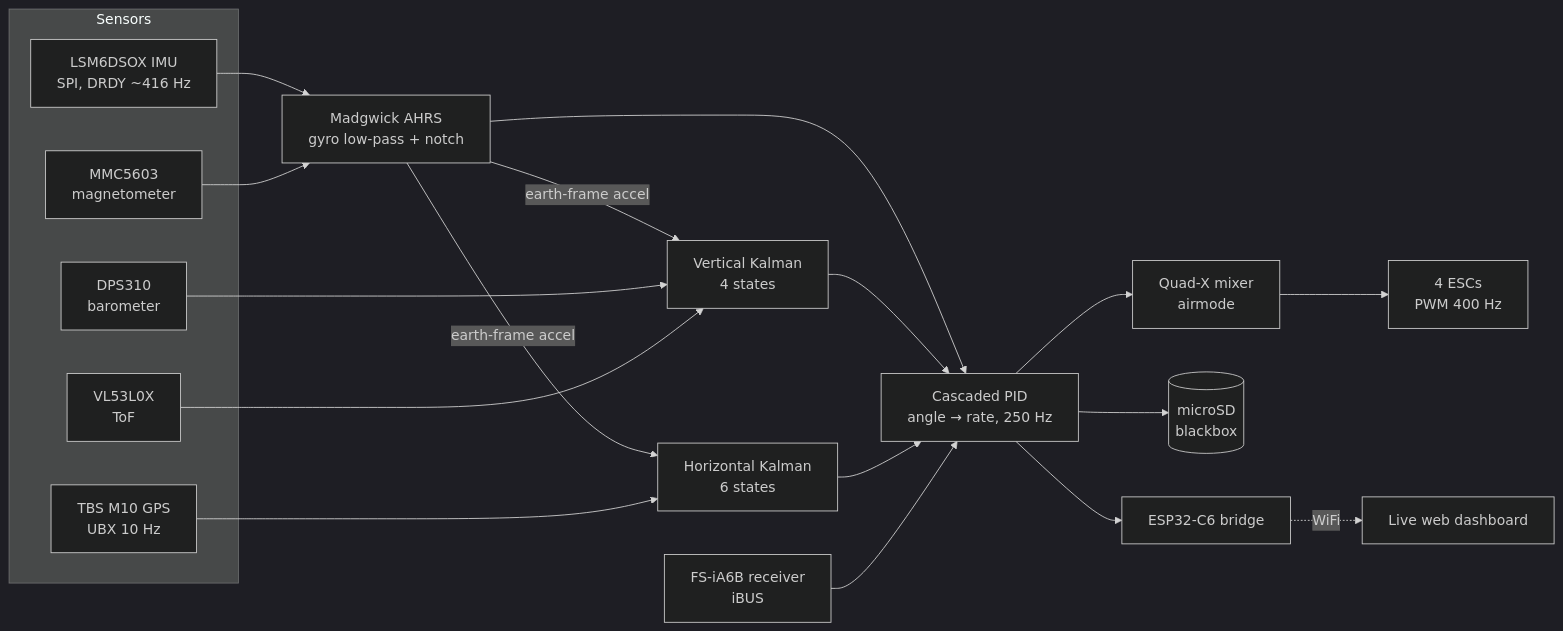
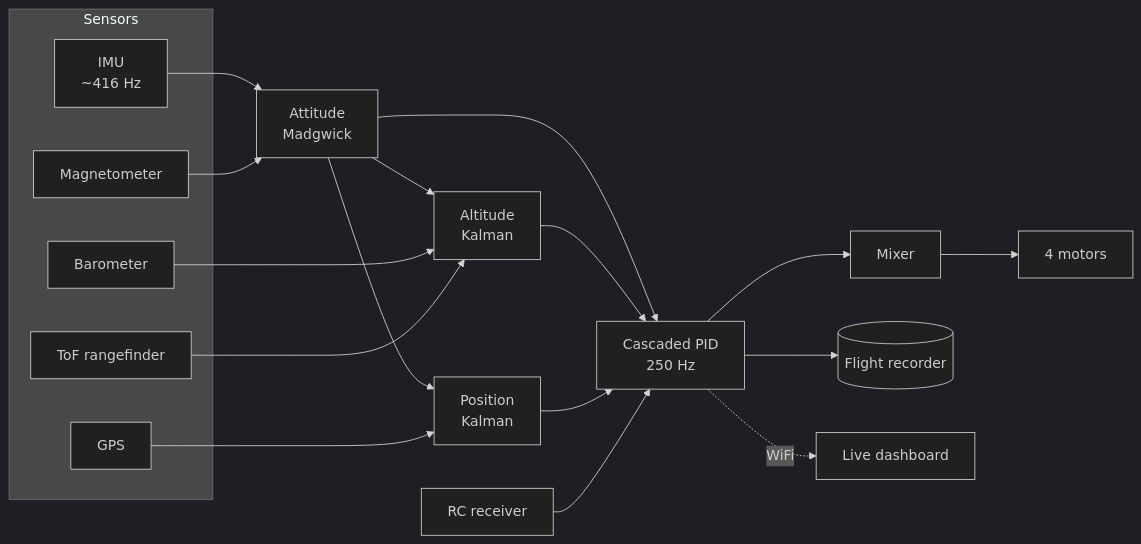
The diagram in README.md (malek23ma/Drone_FlightCont), drawn with Mermaid (dark theme) before and after one commit. The commit also changed other lines of this file and 1 other file, not shown here.

````diff
--- a/README.md
+++ b/README.md
@@ -28,28 +25,28 @@
 ```mermaid
 flowchart LR
     subgraph S[Sensors]
-        IMU[LSM6DSOX IMU<br/>SPI, DRDY ~416 Hz]
-        MAG[MMC5603<br/>magnetometer]
-        BARO[DPS310<br/>barometer]
-        TOF[VL53L0X<br/>ToF]
-        GPS[TBS M10 GPS<br/>UBX 10 Hz]
+        IMU[IMU<br/>~416 Hz]
+        MAG[Magnetometer]
+        BARO[Barometer]
+        TOF[ToF rangefinder]
+        GPS[GPS]
     end
-    RC[FS-iA6B receiver<br/>iBUS]
+    RC[RC receiver]
 
-    IMU --> AHRS[Madgwick AHRS<br/>gyro low-pass + notch]
+    IMU --> AHRS[Attitude<br/>Madgwick]
     MAG --> AHRS
-    AHRS -- earth-frame accel --> VKF[Vertical Kalman<br/>4 states]
-    AHRS -- earth-frame accel --> HKF[Horizontal Kalman<br/>6 states]
+    AHRS --> VKF[Altitude<br/>Kalman]
+    AHRS --> HKF[Position<br/>Kalman]
     BARO --> VKF
     TOF --> VKF
     GPS --> HKF
 
-    AHRS --> PID[Cascaded PID<br/>angle → rate, 250 Hz]
+    AHRS --> PID[Cascaded PID<br/>250 Hz]
     VKF --> PID
     HKF --> PID
     RC --> PID
-    PID --> MIX[Quad-X mixer<br/>airmode] --> ESC[4 ESCs<br/>PWM 400 Hz]
+    PID --> MIX[Mixer] --> ESC[4 motors]
 
-    PID --> BB[(microSD<br/>blackbox)]
-    PID --> C6[ESP32-C6 bridge] -. WiFi .-> DASH[Live web dashboard]
+    PID --> BB[(Flight recorder)]
+    PID -. WiFi .-> DASH[Live dashboard]
 ```
````
